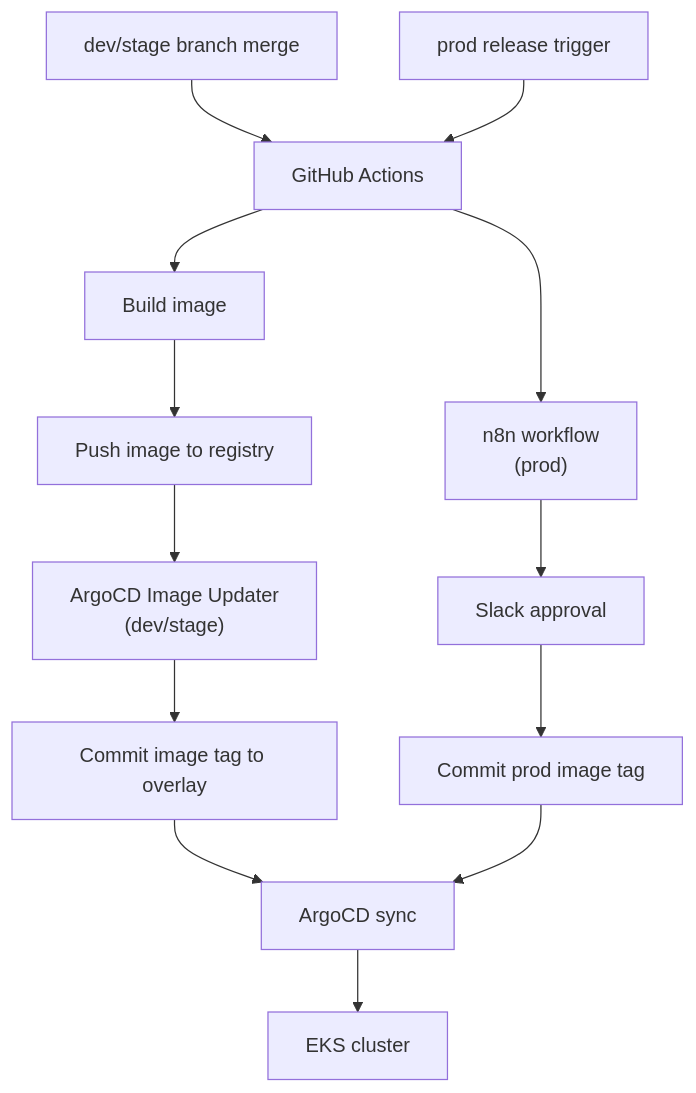
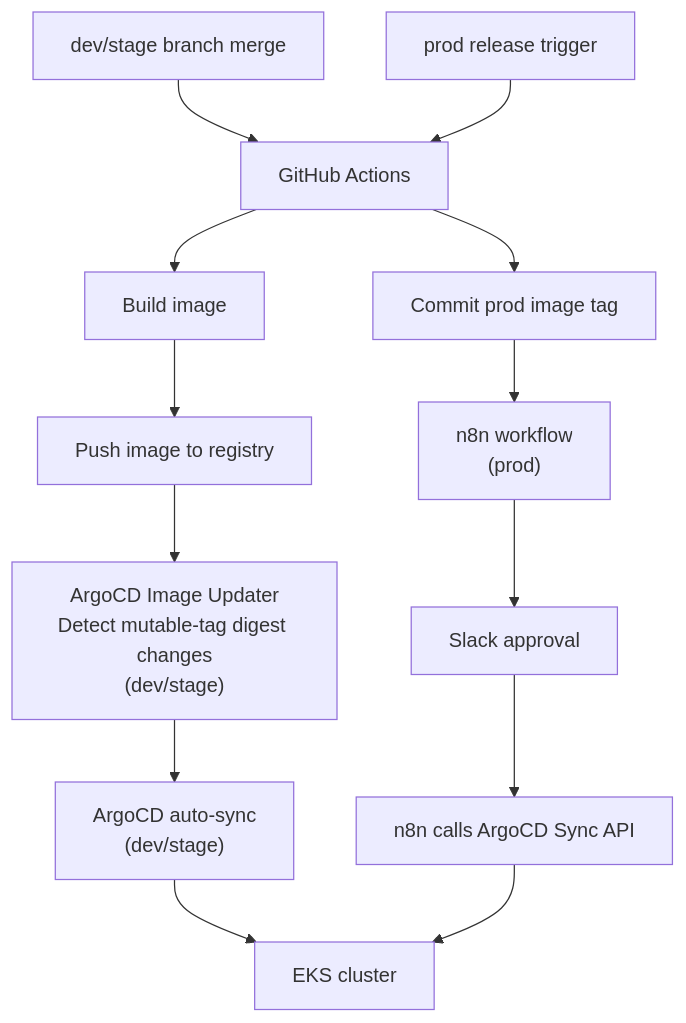
The first of 2 diagrams in content/posts/en/gitops-argocd-n8n-deployment.md (devy1540/devy1540.github.io), drawn with Mermaid before and after one commit. The commit also changed other lines of this file and 40 other files, not shown here.

````diff
--- a/content/posts/en/gitops-argocd-n8n-deployment.md
+++ b/content/posts/en/gitops-argocd-n8n-deployment.md
@@ -23,19 +23,19 @@
 ```mermaid
 flowchart TB
     DEV["dev/stage branch merge"] --> CI["GitHub Actions"]
     PROD["prod release trigger"] --> CI
 
     CI --> IMG["Build image"]
     IMG --> REG["Push image to registry"]
 
-    REG --> UPDATER["ArgoCD Image Updater<br/>(dev/stage)"]
-    UPDATER --> GIT1["Commit image tag to overlay"]
-    GIT1 --> ARGO["ArgoCD sync"]
+    REG --> UPDATER["ArgoCD Image Updater<br/>Detect mutable-tag digest changes<br/>(dev/stage)"]
+    UPDATER --> ARGO["ArgoCD auto-sync<br/>(dev/stage)"]
 
-    CI --> N8N["n8n workflow<br/>(prod)"]
+    CI --> GIT2["Commit prod image tag"]
+    GIT2 --> N8N["n8n workflow<br/>(prod)"]
     N8N --> SLACK["Slack approval"]
-    SLACK --> GIT2["Commit prod image tag"]
-    GIT2 --> ARGO
+    SLACK --> SYNC["n8n calls ArgoCD Sync API"]
 
     ARGO --> EKS["EKS cluster"]
+    SYNC --> EKS
 ```
````
